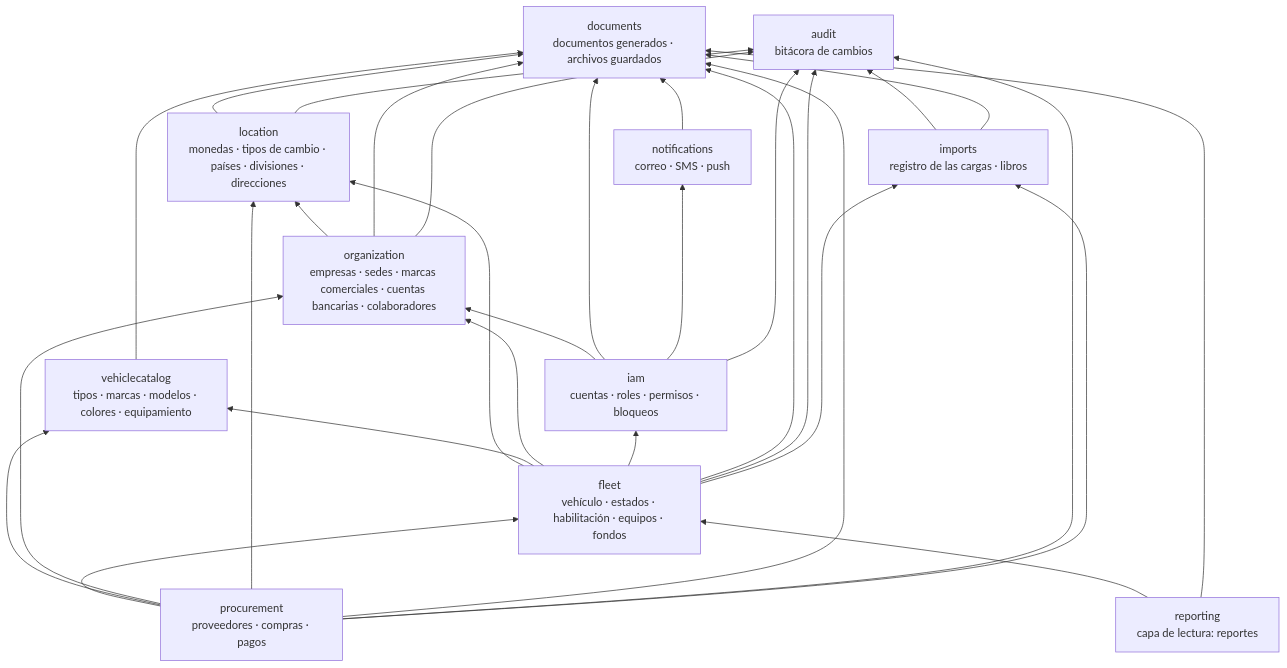
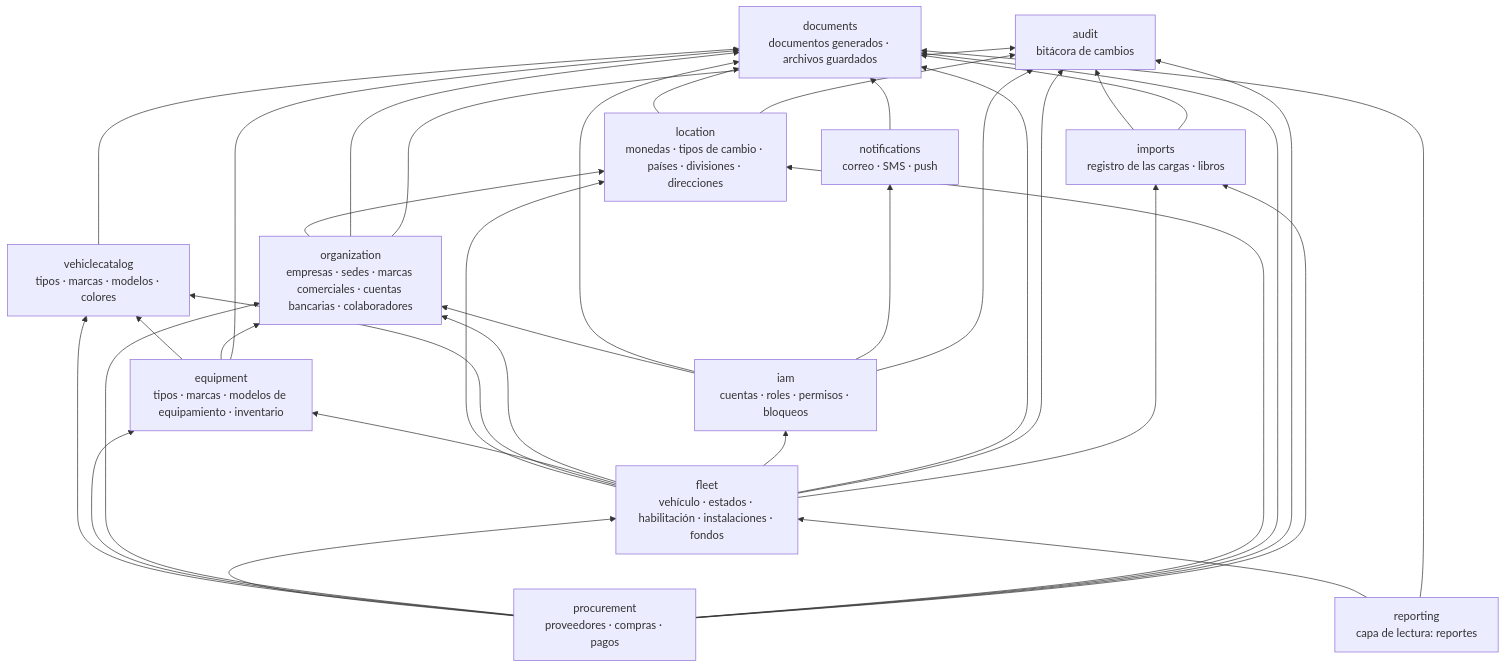
Before and after one commit to erp-millennium-mobility-sac/erp-millennium-mobility-documentation: the diagram in mapa-de-contextos-millennium-mobility.md, drawn with Mermaid. The commit also changed other lines of this file and 11 other files, not shown here.

First line of the commit message:
docs(contexts): phase 2, the inventory and the catalog of equipment form the context equipment

````diff
--- a/mapa-de-contextos-millennium-mobility.md
+++ b/mapa-de-contextos-millennium-mobility.md
@@ -98,44 +99,50 @@
 ```mermaid
 flowchart BT
   docs["documents<br/>documentos generados · archivos guardados"]
   notif["notifications<br/>correo · SMS · push"]
   audit["audit<br/>bitácora de cambios"]
   imports["imports<br/>registro de las cargas · libros"]
   location["location<br/>monedas · tipos de cambio · países · divisiones · direcciones"]
-  catalog["vehiclecatalog<br/>tipos · marcas · modelos · colores · equipamiento"]
+  catalog["vehiclecatalog<br/>tipos · marcas · modelos · colores"]
+  equip["equipment<br/>tipos · marcas · modelos de equipamiento · inventario"]
   org["organization<br/>empresas · sedes · marcas comerciales · cuentas bancarias · colaboradores"]
   iam["iam<br/>cuentas · roles · permisos · bloqueos"]
-  fleet["fleet<br/>vehículo · estados · habilitación · equipos · fondos"]
+  fleet["fleet<br/>vehículo · estados · habilitación · instalaciones · fondos"]
   proc["procurement<br/>proveedores · compras · pagos"]
   reporting["reporting<br/>capa de lectura: reportes"]
 
   location --> docs
   location --> audit
   catalog --> docs
+  equip --> catalog
+  equip --> org
+  equip --> docs
   notif --> docs
   imports --> audit
   imports --> docs
   org --> location
   org --> docs
   org --> audit
   iam --> org
   iam --> docs
   iam --> notif
   iam --> audit
   fleet --> location
   fleet --> catalog
+  fleet --> equip
   fleet --> org
   fleet --> iam
   fleet --> docs
   fleet --> audit
   fleet --> imports
   proc --> fleet
   proc --> catalog
+  proc --> equip
   proc --> org
   proc --> location
   proc --> docs
   proc --> audit
   proc --> imports
   reporting --> fleet
   reporting --> docs
 ```
````
